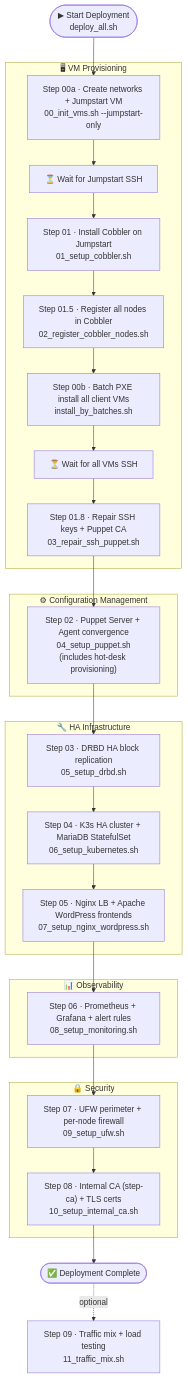
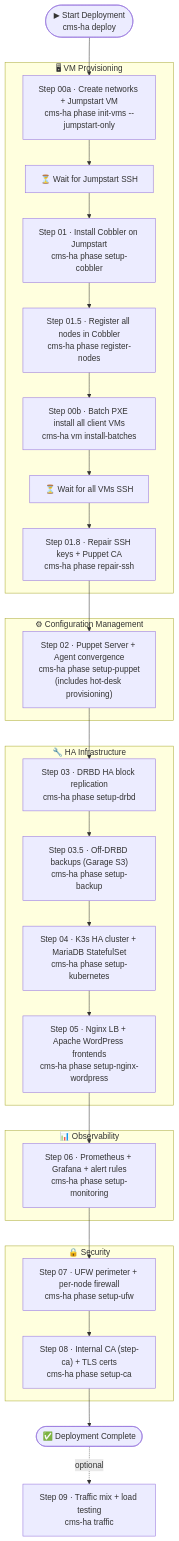
The third of 3 diagrams in docs/NETWORK_DIAGRAM.md (Aitor42/CMS-HA-Infrastructure), drawn with Mermaid before and after one commit. The commit also changed other lines of this file and 2 other files, not shown here.

Commit message:
docs: align deployment docs with the Go CLI (v2)
- Drop the remaining v1 deploy_all.sh entry-point references in PLAN.md and
  relabel the sequence diagram steps with the cms-ha phase commands the
  orchestrator actually runs (adding the setup-backup step).
- Refresh the final repository tree in PHASE-11: kustomized kubernetes/ layout,
  tests/, SECURITY.md and go.mod, matching the shipped v2 structure.

````diff
--- a/docs/NETWORK_DIAGRAM.md
+++ b/docs/NETWORK_DIAGRAM.md
@@ -230,53 +230,55 @@
 ```mermaid
 graph TD
-    START(["▶ Start Deployment<br/>deploy_all.sh"])
+    START(["▶ Start Deployment<br/>cms-ha deploy"])
 
     subgraph VM_PROVISION["🖥 VM Provisioning"]
-        STEP00A["Step 00a · Create networks + Jumpstart VM<br/>00_init_vms.sh --jumpstart-only"]
+        STEP00A["Step 00a · Create networks + Jumpstart VM<br/>cms-ha phase init-vms --jumpstart-only"]
         WAIT_JS["⏳ Wait for Jumpstart SSH"]
-        STEP01["Step 01 · Install Cobbler on Jumpstart<br/>01_setup_cobbler.sh"]
-        STEP015["Step 01.5 · Register all nodes in Cobbler<br/>02_register_cobbler_nodes.sh"]
-        STEP00B["Step 00b · Batch PXE install all client VMs<br/>install_by_batches.sh"]
+        STEP01["Step 01 · Install Cobbler on Jumpstart<br/>cms-ha phase setup-cobbler"]
+        STEP015["Step 01.5 · Register all nodes in Cobbler<br/>cms-ha phase register-nodes"]
+        STEP00B["Step 00b · Batch PXE install all client VMs<br/>cms-ha vm install-batches"]
         WAIT_NODES["⏳ Wait for all VMs SSH"]
-        STEP018["Step 01.8 · Repair SSH keys + Puppet CA<br/>03_repair_ssh_puppet.sh"]
+        STEP018["Step 01.8 · Repair SSH keys + Puppet CA<br/>cms-ha phase repair-ssh"]
     end
 
     subgraph CONFIG_MGMT["⚙ Configuration Management"]
-        STEP02["Step 02 · Puppet Server + Agent convergence<br/>04_setup_puppet.sh<br/>(includes hot-desk provisioning)"]
+        STEP02["Step 02 · Puppet Server + Agent convergence<br/>cms-ha phase setup-puppet<br/>(includes hot-desk provisioning)"]
     end
 
     subgraph HA_INFRA["🔧 HA Infrastructure"]
-        STEP03["Step 03 · DRBD HA block replication<br/>05_setup_drbd.sh"]
-        STEP04["Step 04 · K3s HA cluster + MariaDB StatefulSet<br/>06_setup_kubernetes.sh"]
-        STEP05["Step 05 · Nginx LB + Apache WordPress frontends<br/>07_setup_nginx_wordpress.sh"]
+        STEP03["Step 03 · DRBD HA block replication<br/>cms-ha phase setup-drbd"]
+        STEP035["Step 03.5 · Off-DRBD backups (Garage S3)<br/>cms-ha phase setup-backup"]
+        STEP04["Step 04 · K3s HA cluster + MariaDB StatefulSet<br/>cms-ha phase setup-kubernetes"]
+        STEP05["Step 05 · Nginx LB + Apache WordPress frontends<br/>cms-ha phase setup-nginx-wordpress"]
     end
 
     subgraph OBSERVE["📊 Observability"]
-        STEP06["Step 06 · Prometheus + Grafana + alert rules<br/>08_setup_monitoring.sh"]
+        STEP06["Step 06 · Prometheus + Grafana + alert rules<br/>cms-ha phase setup-monitoring"]
     end
 
     subgraph SECURITY["🔒 Security"]
-        STEP07["Step 07 · UFW perimeter + per-node firewall<br/>09_setup_ufw.sh"]
-        STEP08["Step 08 · Internal CA (step-ca) + TLS certs<br/>10_setup_internal_ca.sh"]
+        STEP07["Step 07 · UFW perimeter + per-node firewall<br/>cms-ha phase setup-ufw"]
+        STEP08["Step 08 · Internal CA (step-ca) + TLS certs<br/>cms-ha phase setup-ca"]
     end
 
-    TRAFFIC["Step 09 · Traffic mix + load testing<br/>11_traffic_mix.sh"]
+    TRAFFIC["Step 09 · Traffic mix + load testing<br/>cms-ha traffic"]
     END(["✅ Deployment Complete"])
 
     START --> STEP00A
     STEP00A --> WAIT_JS
     WAIT_JS --> STEP01
     STEP01 --> STEP015
     STEP015 --> STEP00B
     STEP00B --> WAIT_NODES
     WAIT_NODES --> STEP018
     STEP018 --> STEP02
     STEP02 --> STEP03
-    STEP03 --> STEP04
+    STEP03 --> STEP035
+    STEP035 --> STEP04
     STEP04 --> STEP05
     STEP05 --> STEP06
     STEP06 --> STEP07
     STEP07 --> STEP08
     STEP08 --> END
     END -.->|"optional"| TRAFFIC
 ```
````
